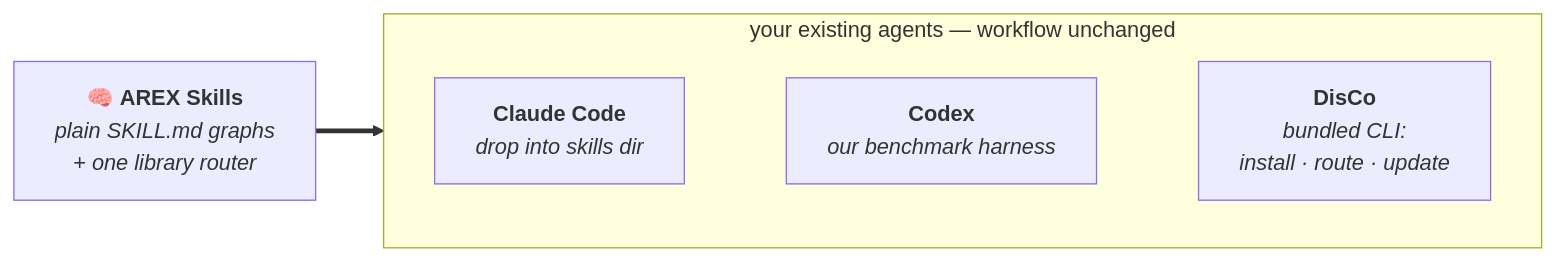
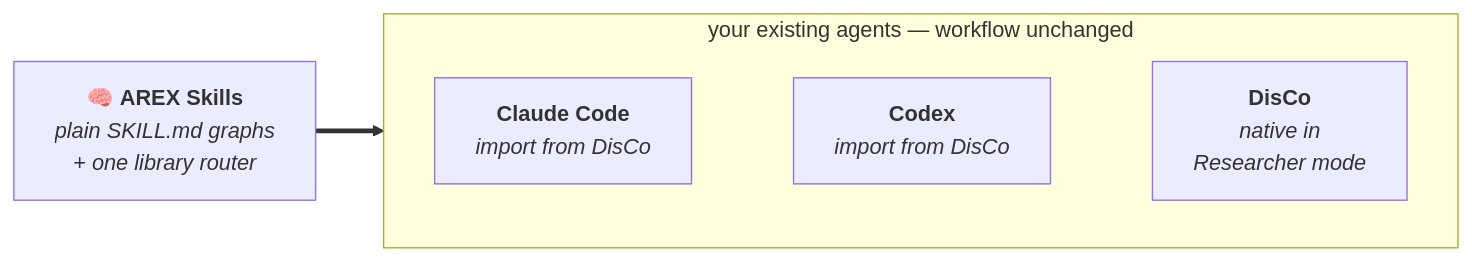
Before and after one commit to VectorSpaceLab/AREX-Skill: the fourth of 5 diagrams in README.md, drawn with Mermaid. The commit also changed other lines of this file and 17 other files, not shown here.

````diff
--- a/README.md
+++ b/README.md
@@ -209,8 +422,12 @@
 ```mermaid
+---
+config:
+  fontSize: 18
+---
 flowchart LR
     S["🧠 <b>AREX Skills</b><br><i>plain SKILL.md graphs<br>+ one library router</i>"] ==> G
     subgraph G["your existing agents — workflow unchanged"]
         direction LR
-        A["<b>Claude Code</b><br><i>drop into skills dir</i>"] ~~~ B["<b>Codex</b><br><i>our benchmark harness</i>"] ~~~ C["<b>DisCo</b><br><i>bundled CLI:<br>install · route · update</i>"]
+        A["<b>Claude Code</b><br><i>import from DisCo</i>"] ~~~ B["<b>Codex</b><br><i>import from DisCo</i>"] ~~~ C["<b>DisCo</b><br><i>native in<br>Researcher mode</i>"]
     end
 ```
````
